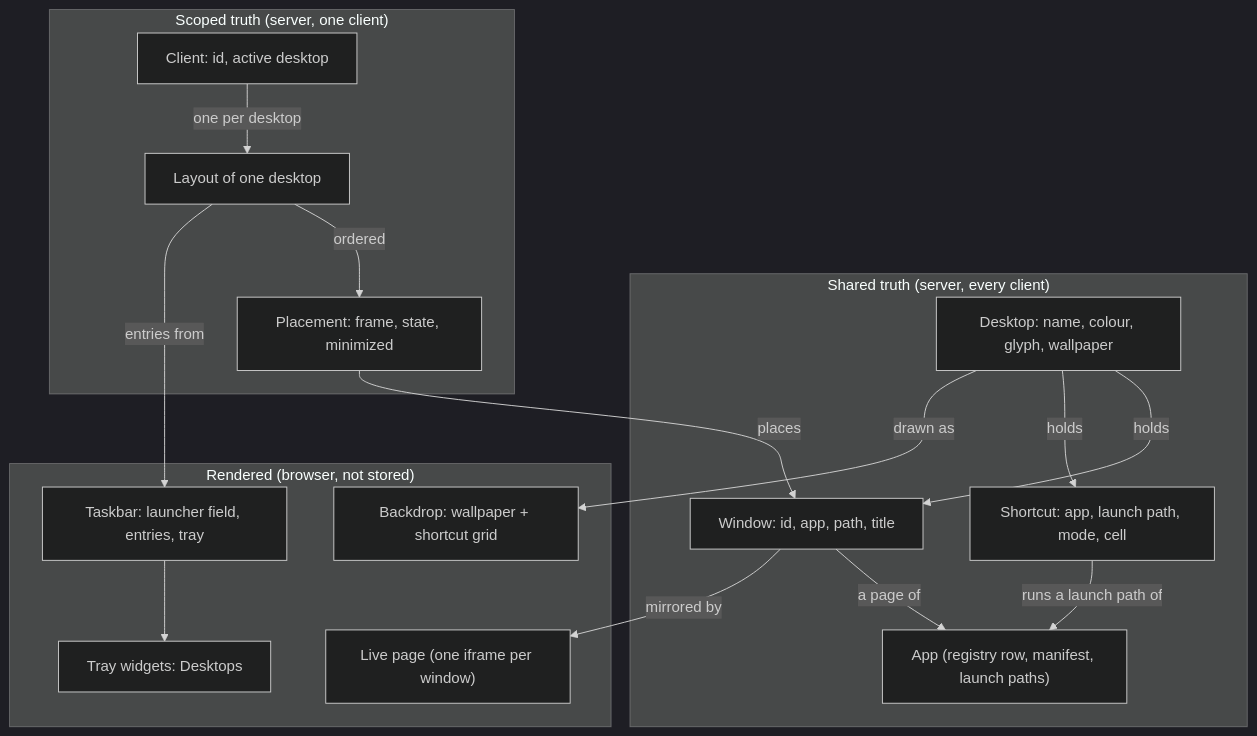
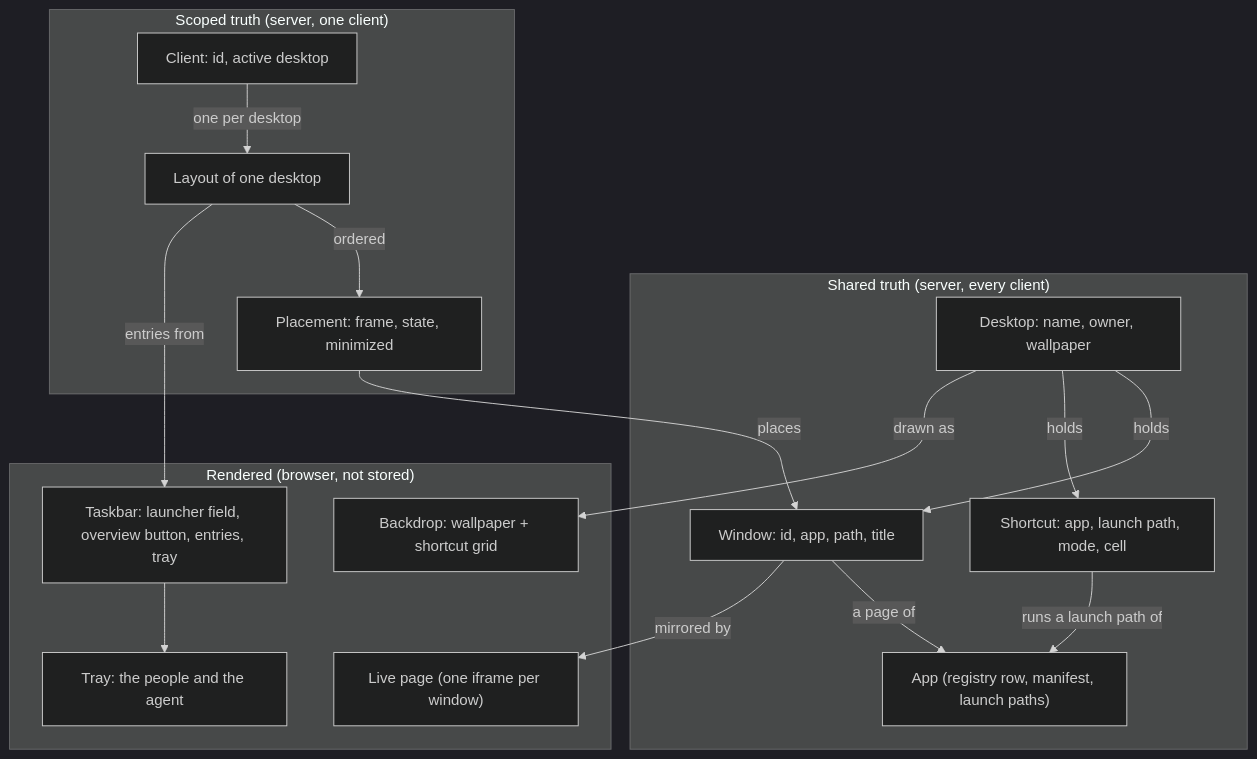
One commit to imbue-ai/default-workspace-template changed the diagram in docs/system/blueprint/desktop-interface/concepts.md. Above: the diagram before and after it, drawn with Mermaid (dark theme). The commit also changed other lines of this file, not shown here.

Commit message:
concepts.md's section 3 relates the desktop record and the tray as the desktops phase left them
Problem: docs/system/blueprint/desktop-interface/concepts.md section 3 still drew the Desktop record as name, colour, glyph, and wallpaper, the tray's widgets as Desktops, and a taskbar with no overview button, contradicting the file's own sections 2.1 and 2.8 as this branch edits them.
Fix: the diagram names the desktop's owner in place of the retired colour and glyph, the taskbar's overview button, and the tray as the people and the agent; the fact table's desktops row names the owner and the display order the order route rewrites.

````diff
--- a/docs/system/blueprint/desktop-interface/concepts.md
+++ b/docs/system/blueprint/desktop-interface/concepts.md
@@ -148,31 +148,31 @@
 ```mermaid
 flowchart TB
     subgraph shared["Shared truth (server, every client)"]
         App["App (registry row, manifest, launch paths)"]
-        Desktop["Desktop: name, colour, glyph, wallpaper"]
+        Desktop["Desktop: name, owner, wallpaper"]
         Window["Window: id, app, path, title"]
         Shortcut["Shortcut: app, launch path, mode, cell"]
     end
     subgraph scoped["Scoped truth (server, one client)"]
         Client["Client: id, active desktop"]
         Layout["Layout of one desktop"]
         Placement["Placement: frame, state, minimized"]
     end
     subgraph rendered["Rendered (browser, not stored)"]
         Backdrop["Backdrop: wallpaper + shortcut grid"]
-        Taskbar["Taskbar: launcher field, entries, tray"]
-        Tray["Tray widgets: Desktops"]
+        Taskbar["Taskbar: launcher field, overview button, entries, tray"]
+        Tray["Tray: the people and the agent"]
         Page["Live page (one iframe per window)"]
     end
     Desktop -->|holds| Window
     Desktop -->|holds| Shortcut
     Window -->|a page of| App
     Shortcut -->|runs a launch path of| App
     Client -->|one per desktop| Layout
     Layout -->|ordered| Placement
     Placement -->|places| Window
     Desktop -->|drawn as| Backdrop
     Layout -->|entries from| Taskbar
     Taskbar --> Tray
     Window -->|mirrored by| Page
 ```
````
